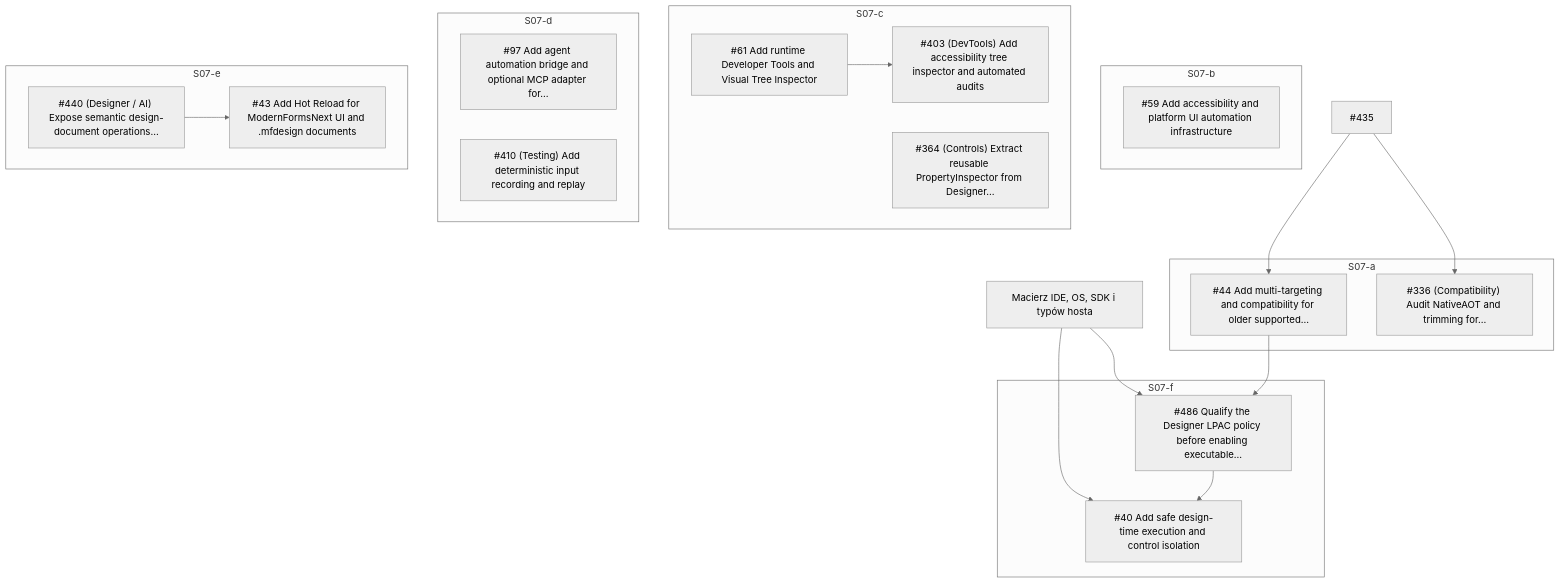
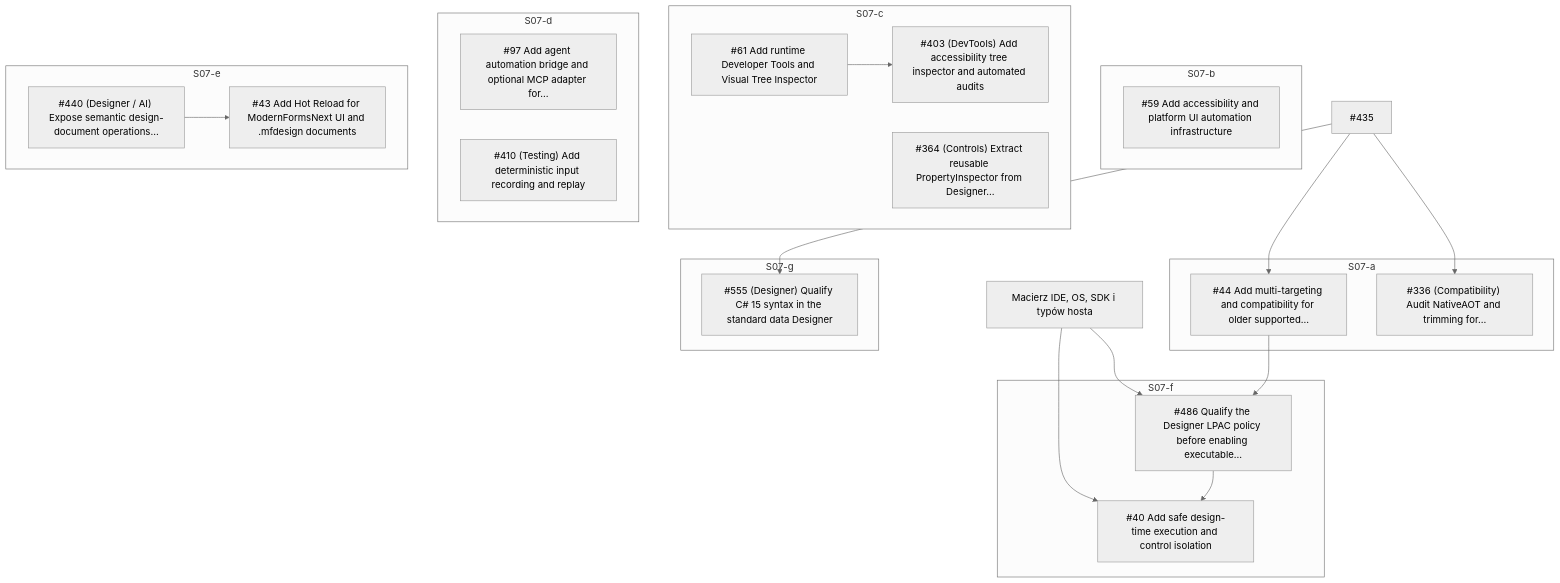
One commit to ProGraMajster/ModernFormsNext changed the tenth of 12 diagrams in docs/development/2.0.0/DEPENDENCY-GRAPH.md. Above: the diagram before and after it, drawn with Mermaid (neutral theme). The commit also changed other lines of this file and 8 other files, not shown here.

````diff
--- a/docs/development/2.0.0/DEPENDENCY-GRAPH.md
+++ b/docs/development/2.0.0/DEPENDENCY-GRAPH.md
@@ -552,37 +595,41 @@
 ```mermaid
 flowchart TB
   subgraph W_S07_a[S07-a]
     I44["#44 Add multi-targeting and compatibility for older supported…"]
     I336["#336 (Compatibility) Audit NativeAOT and trimming for…"]
   end
   subgraph W_S07_b[S07-b]
     I59["#59 Add accessibility and platform UI automation infrastructure"]
   end
   subgraph W_S07_c[S07-c]
     I61["#61 Add runtime Developer Tools and Visual Tree Inspector"]
     I364["#364 (Controls) Extract reusable PropertyInspector from Designer…"]
     I403["#403 (DevTools) Add accessibility tree inspector and automated audits"]
   end
   subgraph W_S07_d[S07-d]
     I97["#97 Add agent automation bridge and optional MCP adapter for…"]
     I410["#410 (Testing) Add deterministic input recording and replay"]
   end
   subgraph W_S07_e[S07-e]
     I440["#440 (Designer / AI) Expose semantic design-document operations…"]
     I43["#43 Add Hot Reload for ModernFormsNext UI and .mfdesign documents"]
   end
   subgraph W_S07_f[S07-f]
     I486["#486 Qualify the Designer LPAC policy before enabling executable…"]
     I40["#40 Add safe design-time execution and control isolation"]
   end
+  subgraph W_S07_g[S07-g]
+    I555["#555 (Designer) Qualify C# 15 syntax in the standard data Designer"]
+  end
   G_designer_support_matrix["Macierz IDE, OS, SDK i typów hosta"]
   I435["#435"]
   G_designer_support_matrix --> I40
   G_designer_support_matrix --> I486
   I435 --> I336
   I435 --> I44
+  I435 --> I555
   I44 --> I486
   I440 --> I43
   I486 --> I40
   I61 --> I403
 ```
````
